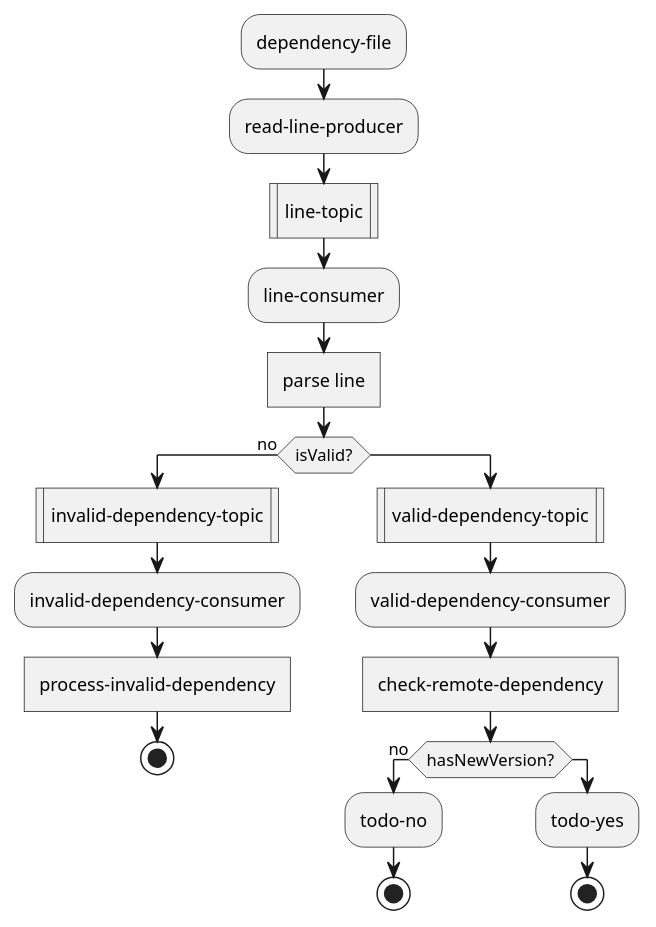
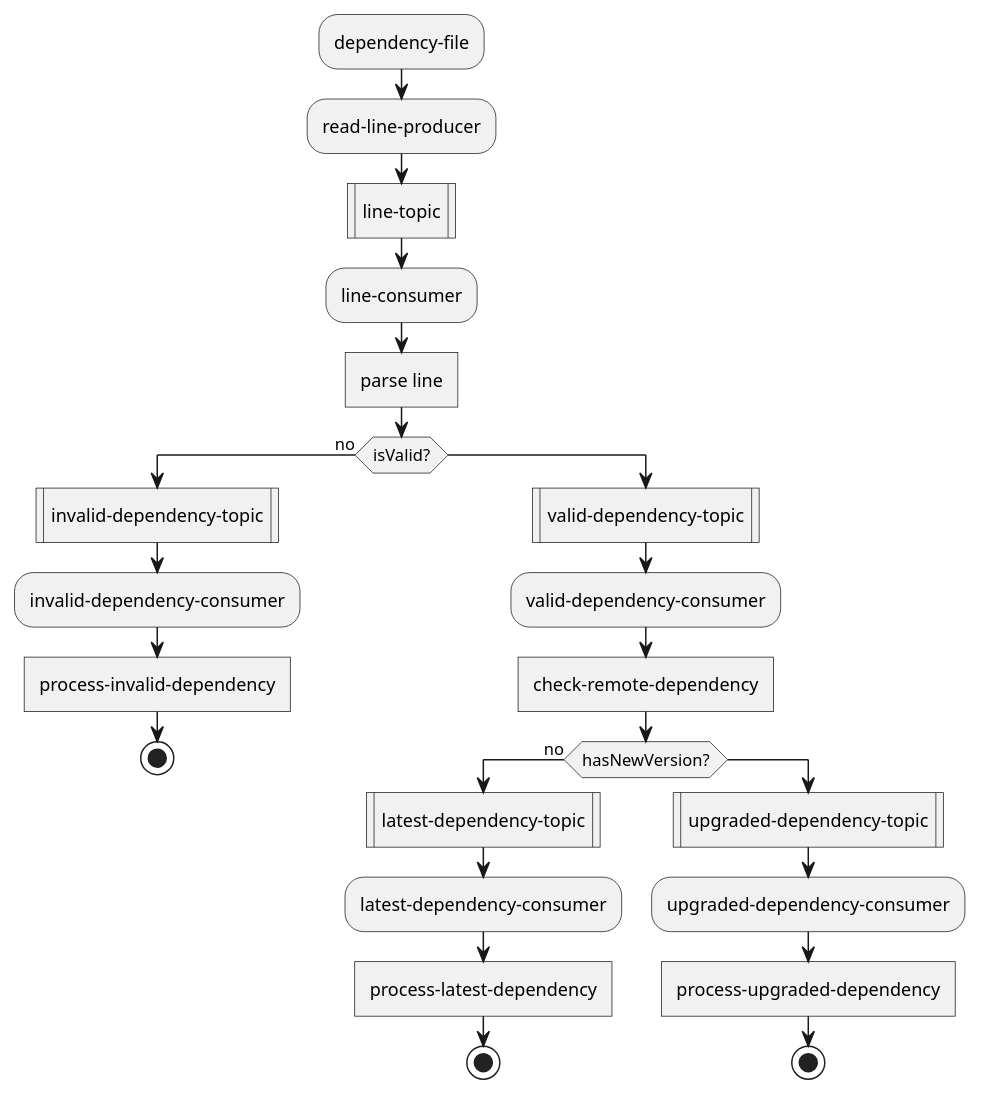
One commit to butcherless/dependency-analyzer changed the diagram in docs/stream-based-activity-diagram.puml. Above: the diagram before and after it, drawn with PlantUML.

Commit message:
add activity diagram, stream based solution

```diff
--- a/docs/stream-based-activity-diagram.puml
+++ b/docs/stream-based-activity-diagram.puml
@@ -1,28 +1,32 @@
 @startuml
 :dependency-file;
 :read-line-producer;
 :line-topic|
 :line-consumer;
 :parse line]
 if (isValid?) equals (no) then
   :invalid-dependency-topic|
   :invalid-dependency-consumer;
   :process-invalid-dependency]
   stop
 else
   :valid-dependency-topic|
   :valid-dependency-consumer;
   :check-remote-dependency]
   if (hasNewVersion?) equals (no) then
-    :todo-no;
+    :latest-dependency-topic|
+    :latest-dependency-consumer;
+    :process-latest-dependency]
     stop
   else
-    :todo-yes;
+    :upgraded-dependency-topic|
+    :upgraded-dependency-consumer;
+    :process-upgraded-dependency]
     stop
   endif  
   
 endif
 
 
 
 @enduml
```
